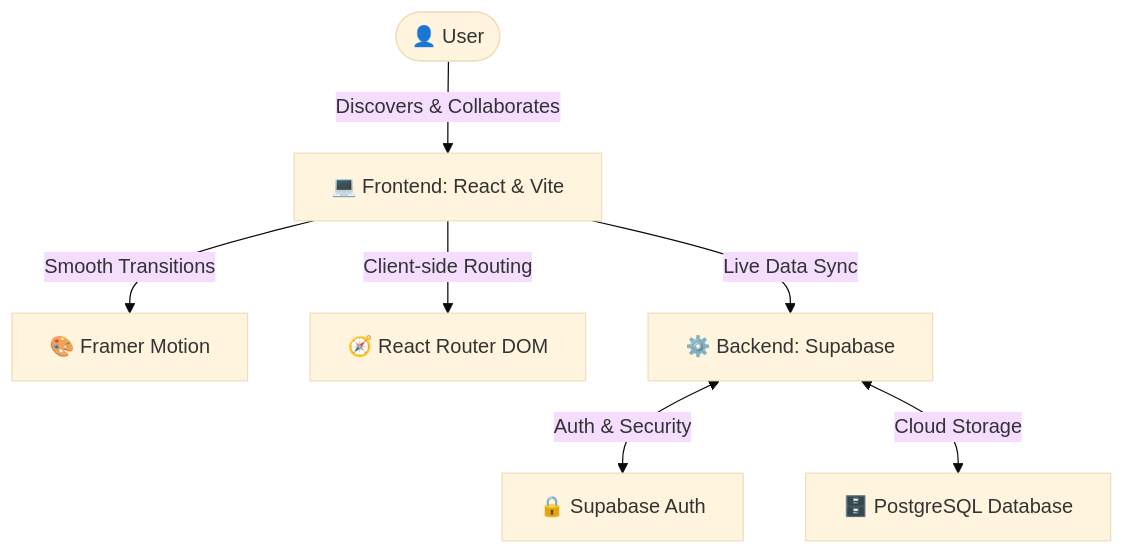
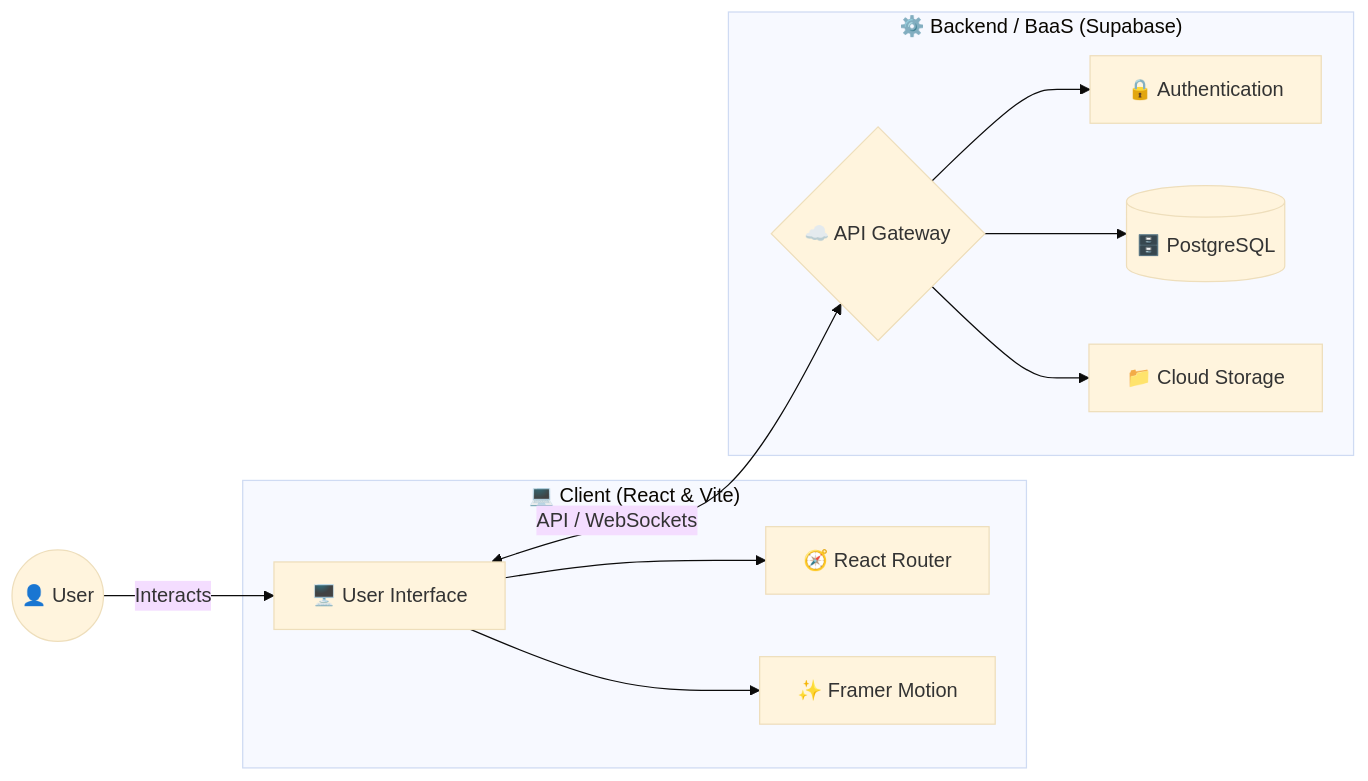
One commit to anureddyb20/collabnest changed the diagram in README.md. Above: the diagram before and after it, drawn with Mermaid (base theme).

Commit message:
docs: redesign architecture mermaid diagram

````diff
--- a/README.md
+++ b/README.md
@@ -60,13 +60,26 @@
 ```mermaid
-graph TD
-    User([👤 User])
-    
-    User -->|Discovers & Collaborates| Frontend[💻 Frontend: React & Vite]
-    
-    Frontend -->|Smooth Transitions| Animations[🎨 Framer Motion]
-    Frontend -->|Client-side Routing| Router[🧭 React Router DOM]
-    Frontend -->|Live Data Sync| Backend[⚙️ Backend: Supabase]
-    
-    Backend <-->|Auth & Security| Auth[🔒 Supabase Auth]
-    Backend <-->|Cloud Storage| DB[🗄️ PostgreSQL Database]
+graph LR
+    User((👤 User)) -->|Interacts| Client
+
+    subgraph "💻 Client (React & Vite)"
+        Client[🖥️ User Interface]
+        Router[🧭 React Router]
+        Anim[✨ Framer Motion]
+        
+        Client --> Router
+        Client --> Anim
+    end
+
+    Client <-->|API / WebSockets| Supabase
+
+    subgraph "⚙️ Backend / BaaS (Supabase)"
+        Supabase{☁️ API Gateway}
+        Auth[🔒 Authentication]
+        DB[(🗄️ PostgreSQL)]
+        Storage[📁 Cloud Storage]
+        
+        Supabase --> Auth
+        Supabase --> DB
+        Supabase --> Storage
+    end
 ```
````
